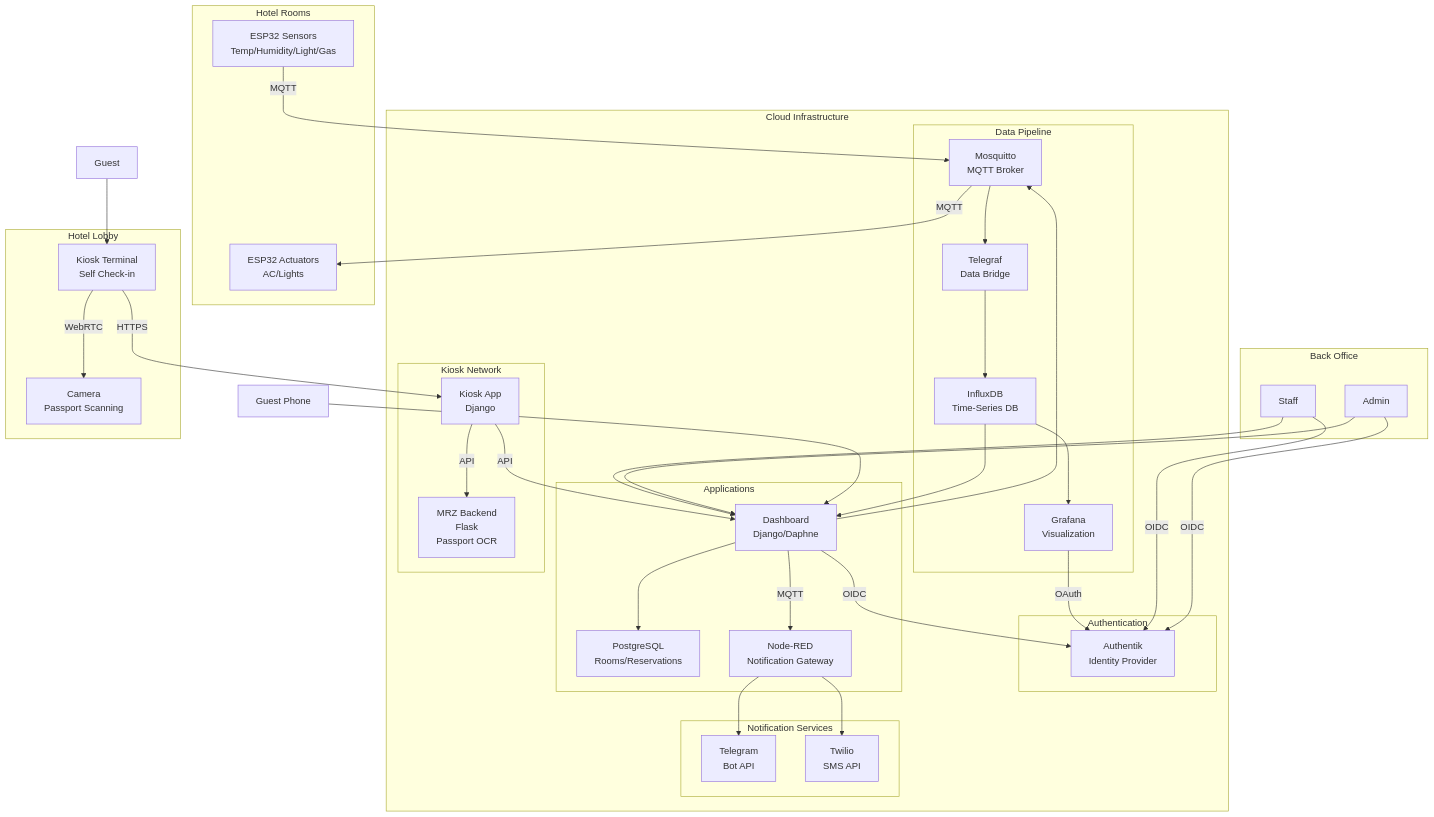
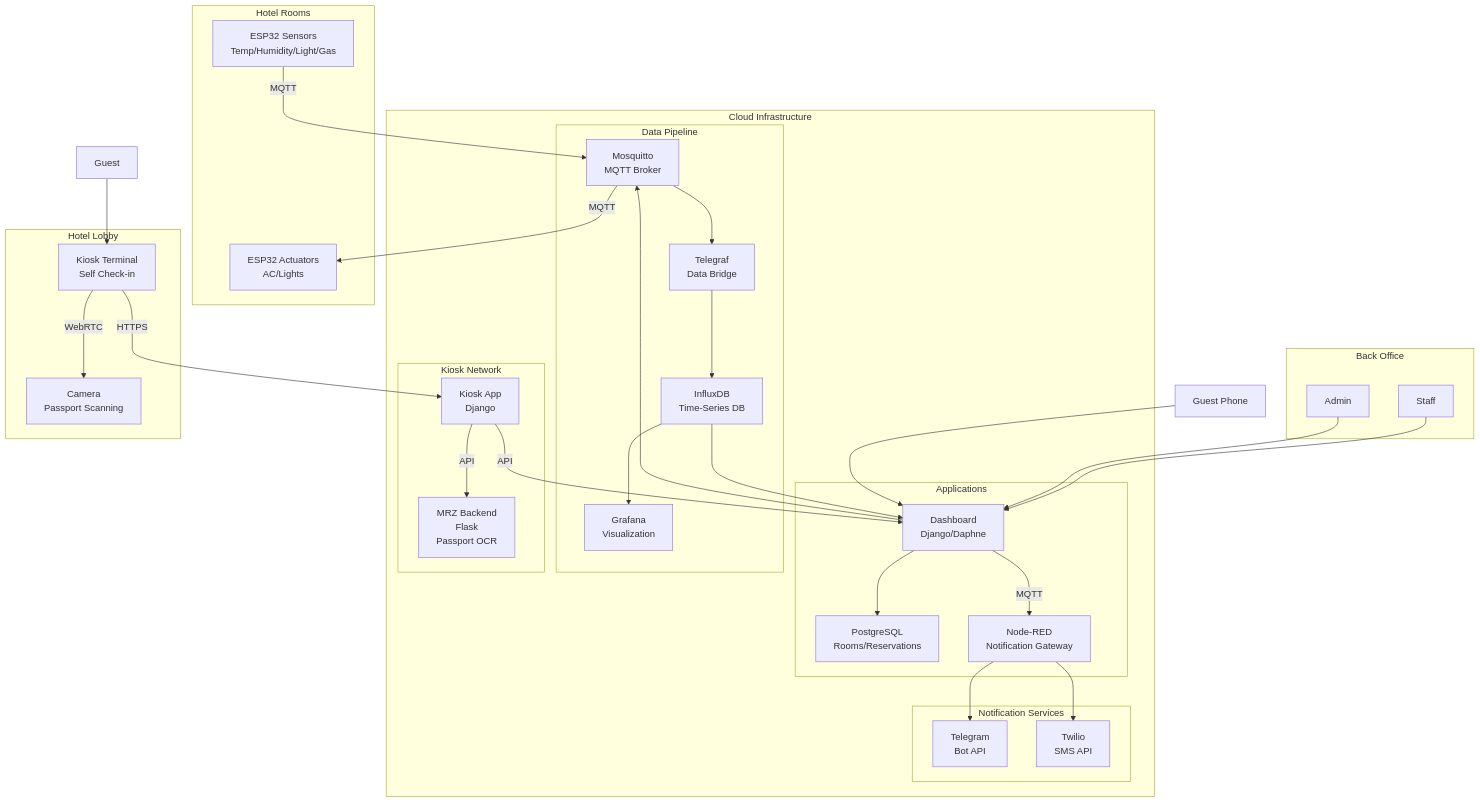
Before and after one commit to omarmx9/smart-hotel: the diagram in README.md, drawn with Mermaid. The commit also changed other lines of this file and 100 other files, not shown here.

````diff
--- a/README.md
+++ b/README.md
@@ -47,73 +47,65 @@
 ```mermaid
 flowchart TB
     subgraph HOTEL_ROOMS["Hotel Rooms"]
         ESP32_SENSORS["ESP32 Sensors<br/>Temp/Humidity/Light/Gas"]
         ESP32_ACTUATORS["ESP32 Actuators<br/>AC/Lights"]
     end
 
     subgraph CLOUD["Cloud Infrastructure"]
-        subgraph AUTH_LAYER["Authentication"]
-            AUTHENTIK["Authentik<br/>Identity Provider"]
-        end
-
         subgraph APPLICATIONS["Applications"]
             DASHBOARD["Dashboard<br/>Django/Daphne"]
             POSTGRES["PostgreSQL<br/>Rooms/Reservations"]
             NODERED["Node-RED<br/>Notification Gateway"]
         end
 
         subgraph NOTIFICATIONS["Notification Services"]
             TELEGRAM["Telegram<br/>Bot API"]
             TWILIO["Twilio<br/>SMS API"]
         end
 
         subgraph DATA_PIPELINE["Data Pipeline"]
             MOSQUITTO["Mosquitto<br/>MQTT Broker"]
             TELEGRAF["Telegraf<br/>Data Bridge"]
             INFLUXDB["InfluxDB<br/>Time-Series DB"]
             GRAFANA["Grafana<br/>Visualization"]
         end
         
         subgraph KIOSK_NETWORK["Kiosk Network"]
             KIOSK_APP["Kiosk App<br/>Django"]
             MRZ_BACKEND["MRZ Backend<br/>Flask<br/>Passport OCR"]
         end
     end
 
     subgraph BACK_OFFICE["Back Office"]
         STAFF["Staff"]
         Admin["Admin"]
     end
 
     subgraph HOTEL_LOBBY["Hotel Lobby"]
         KIOSK["Kiosk Terminal<br/>Self Check-in"]
         CAMERA["Camera<br/>Passport Scanning"]
     end
 
     ESP32_SENSORS -->|MQTT| MOSQUITTO
     MOSQUITTO -->|MQTT| ESP32_ACTUATORS
     MOSQUITTO --> TELEGRAF
     TELEGRAF --> INFLUXDB
     INFLUXDB --> GRAFANA
     INFLUXDB --> DASHBOARD
     DASHBOARD --> POSTGRES
     DASHBOARD -->|MQTT| NODERED
     DASHBOARD --> MOSQUITTO
-    DASHBOARD -->|OIDC| AUTHENTIK
-    GRAFANA -->|OAuth| AUTHENTIK
     
     NODERED --> TELEGRAM
     NODERED --> TWILIO
     
     KIOSK -->|WebRTC| CAMERA
     KIOSK -->|HTTPS| KIOSK_APP
     KIOSK_APP -->|API| MRZ_BACKEND
     KIOSK_APP -->|API| DASHBOARD
     
-    STAFF -->|OIDC| AUTHENTIK
-    Admin -->|OIDC| AUTHENTIK
     STAFF --> DASHBOARD
     Admin --> DASHBOARD
     GUEST["Guest"] --> KIOSK
     GUEST_PHONE["Guest Phone"] --> DASHBOARD
 ```
````
